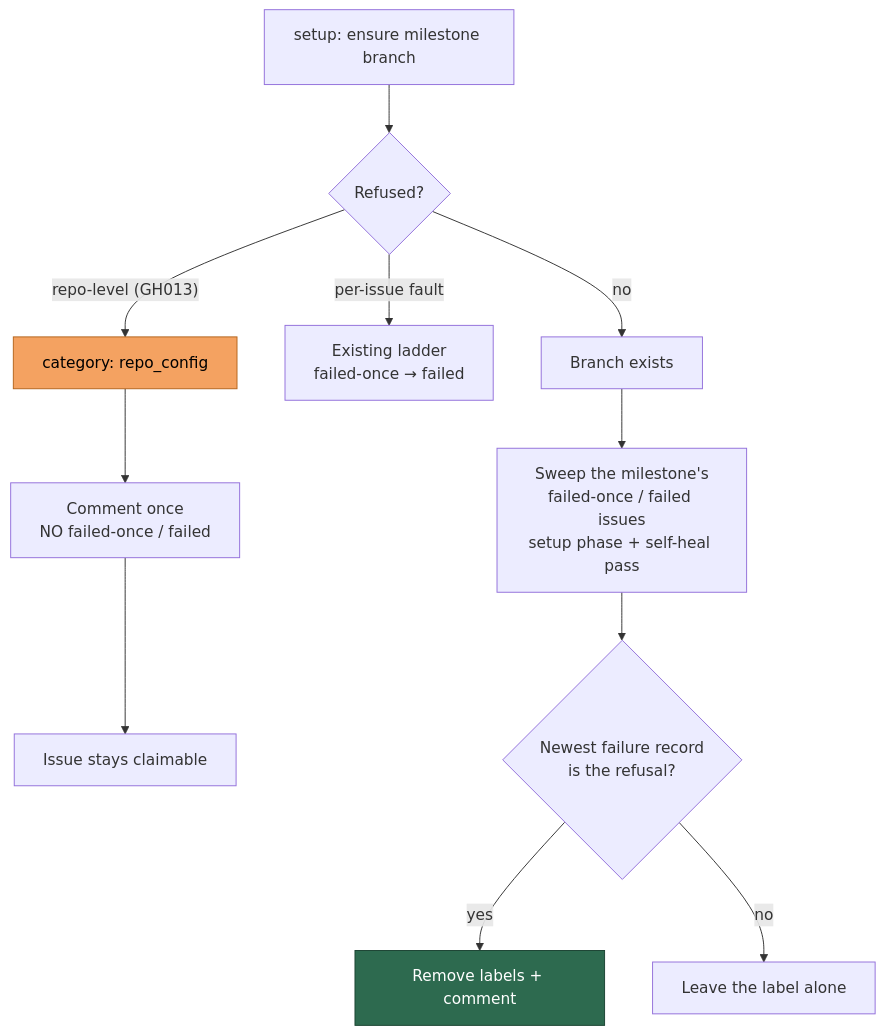
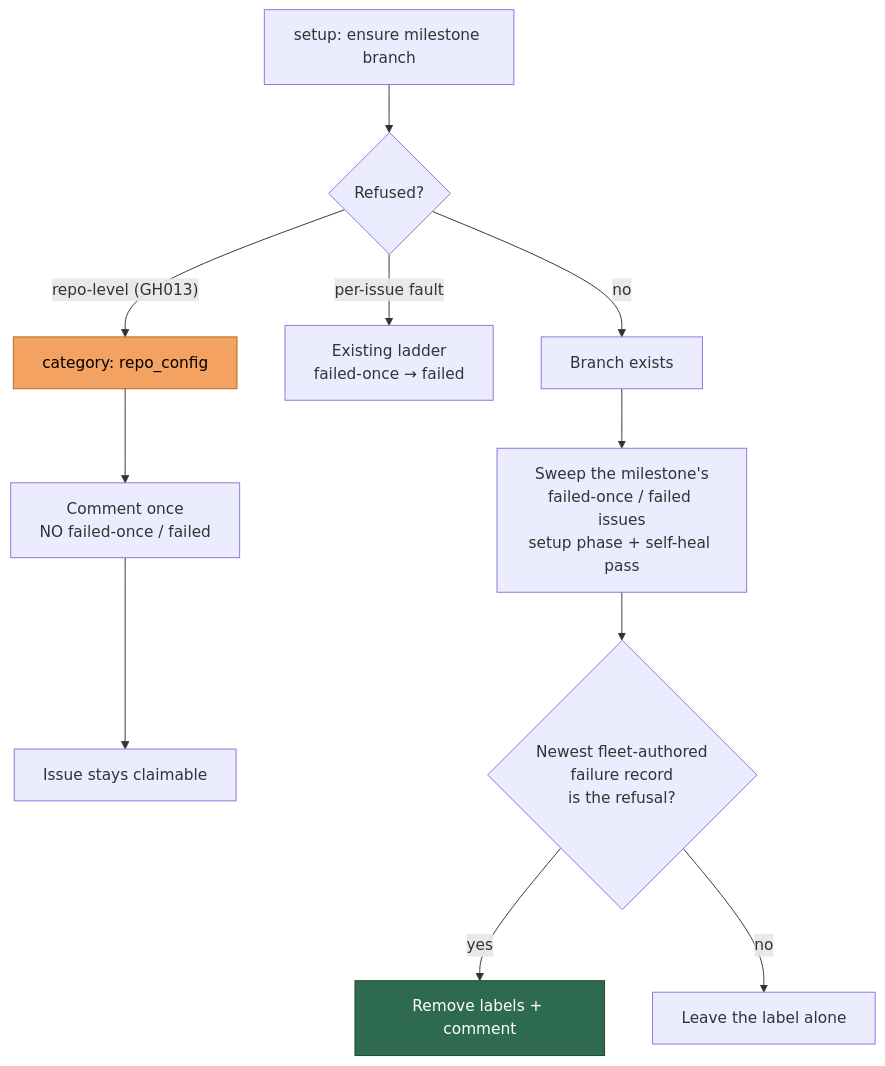
One commit to stSoftwareAU/VibeCoder changed diagram 39 of 39 in docs/INTERNALS.md. Above: the diagram before and after it, drawn with Mermaid. The commit also changed other lines of this file, not shown here.

First line of the commit message:
Document the fleet-author check on the refusal sweep (Issue #2220)

````diff
--- a/docs/INTERNALS.md
+++ b/docs/INTERNALS.md
@@ -4001,15 +4006,15 @@
 ```mermaid
 flowchart TD
     A[setup: ensure milestone branch] --> B{Refused?}
     B -- "repo-level (GH013)" --> C[category: repo_config]
     C --> D[Comment once<br/>NO failed-once / failed]
     D --> E[Issue stays claimable]
     B -- "per-issue fault" --> F[Existing ladder<br/>failed-once → failed]
     B -- no --> G[Branch exists]
     G --> H[Sweep the milestone's<br/>failed-once / failed issues<br/>setup phase + self-heal pass]
-    H --> I{Newest failure record<br/>is the refusal?}
+    H --> I{Newest fleet-authored<br/>failure record<br/>is the refusal?}
     I -- yes --> J[Remove labels + comment]
     I -- no --> K[Leave the label alone]
     style C fill:#f4a261,stroke:#b5651d,color:#000
     style J fill:#2d6a4f,stroke:#1b4332,color:#fff
 ```
````
